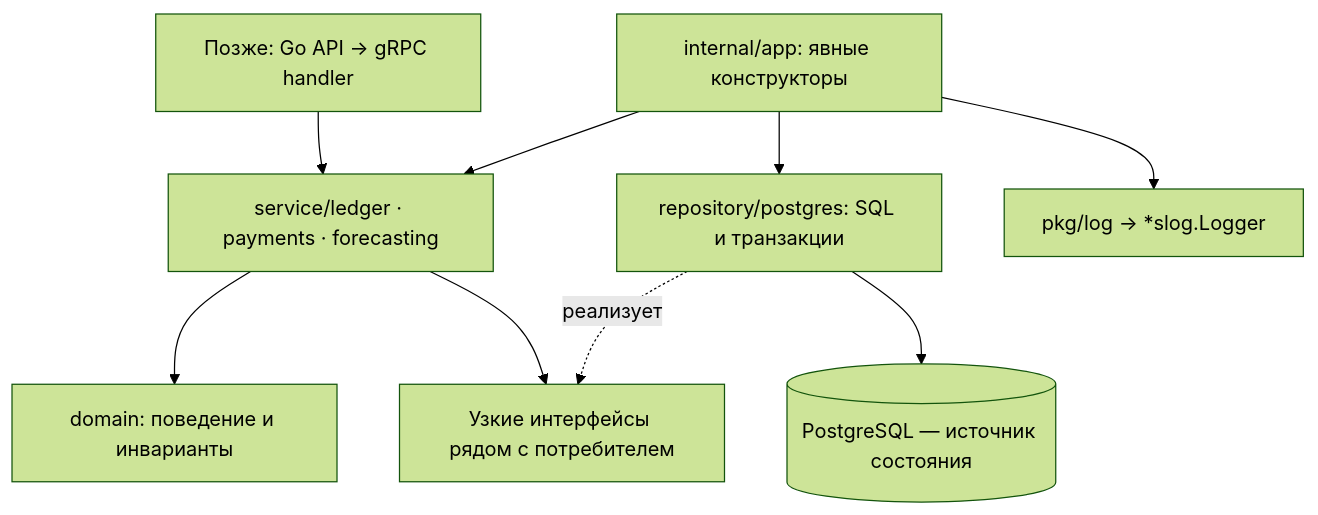
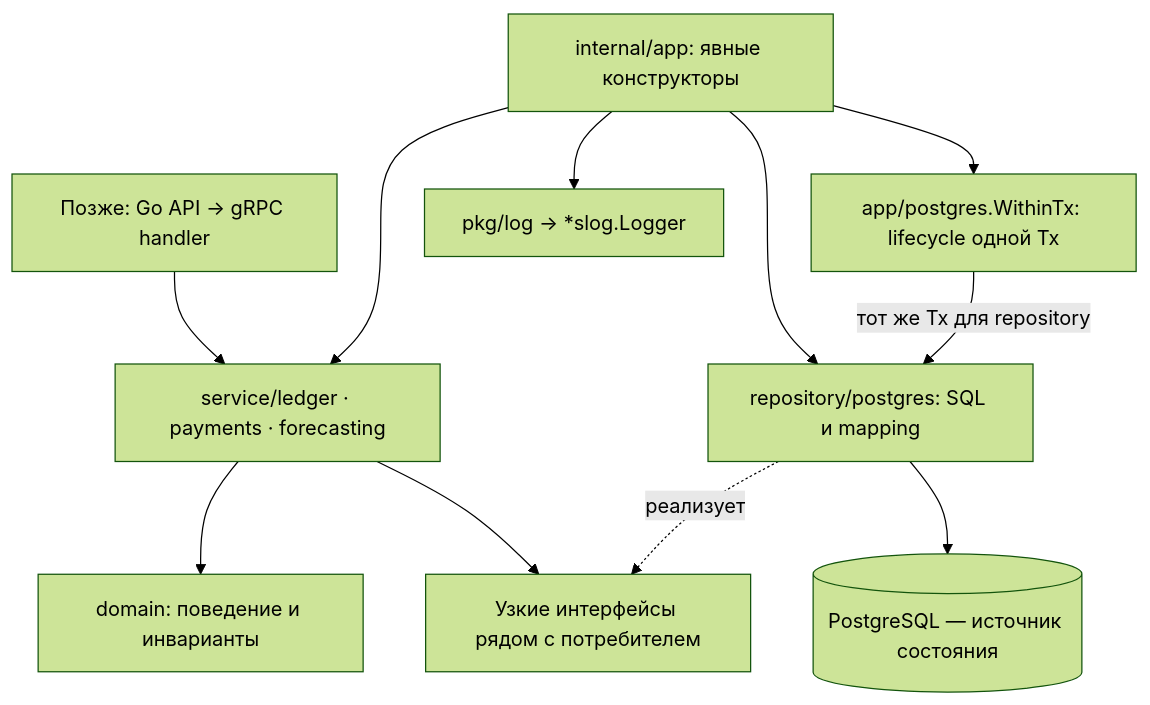
One commit to benzocloud/hack-rnd-autumn-2026 changed the first of 2 diagrams in .agent/plans/go-core-foundation.md. Above: the diagram before and after it, drawn with Mermaid (forest theme). The commit also changed other lines of this file and 72 other files, not shown here.

````diff
--- a/.agent/plans/go-core-foundation.md
+++ b/.agent/plans/go-core-foundation.md
@@ -117,11 +121,13 @@
 ```mermaid
 flowchart TB
     NEXT["Позже: Go API → gRPC handler"] --> APP["service/ledger · payments · forecasting"]
     APP --> DOMAIN["domain: поведение и инварианты"]
     APP --> PORTS["Узкие интерфейсы рядом с потребителем"]
-    PG["repository/postgres: SQL и транзакции"] -.->|реализует| PORTS
+    PG["repository/postgres: SQL и mapping"] -.->|реализует| PORTS
     PG --> DB[("PostgreSQL — источник состояния")]
     WIRE["internal/app: явные конструкторы"] --> APP
     WIRE --> PG
+    WIRE --> TX["app/postgres.WithinTx: lifecycle одной Tx"]
+    TX -->|тот же Tx для repository| PG
     WIRE --> LOG["pkg/log → *slog.Logger"]
 ```
````
